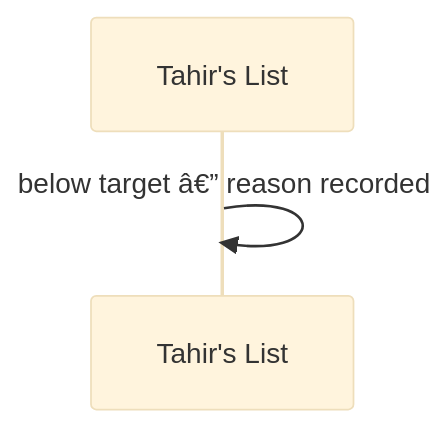
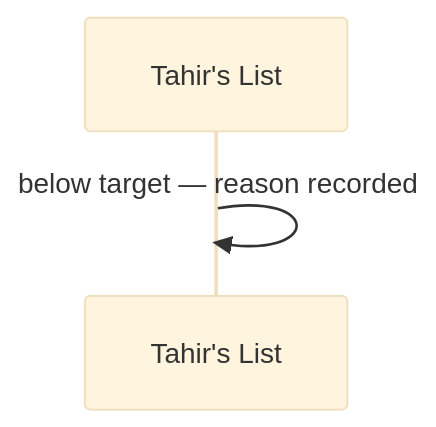
Before and after one commit to Losers-Lab/tahirs-list: the third of 6 diagrams in docs/features/SC-211/04-blackbox/UC-04-audit-and-record-evidence.md, drawn with Mermaid (base theme). The commit also changed other lines of this file and 12 other files, not shown here.

````diff
--- a/docs/features/SC-211/04-blackbox/UC-04-audit-and-record-evidence.md
+++ b/docs/features/SC-211/04-blackbox/UC-04-audit-and-record-evidence.md
@@ -28,5 +28,5 @@
 ```mermaid
 sequenceDiagram
   participant TL as Tahir's List
-  TL->>TL: below target â€” reason recorded
+  TL->>TL: below target — reason recorded
 ```
````
